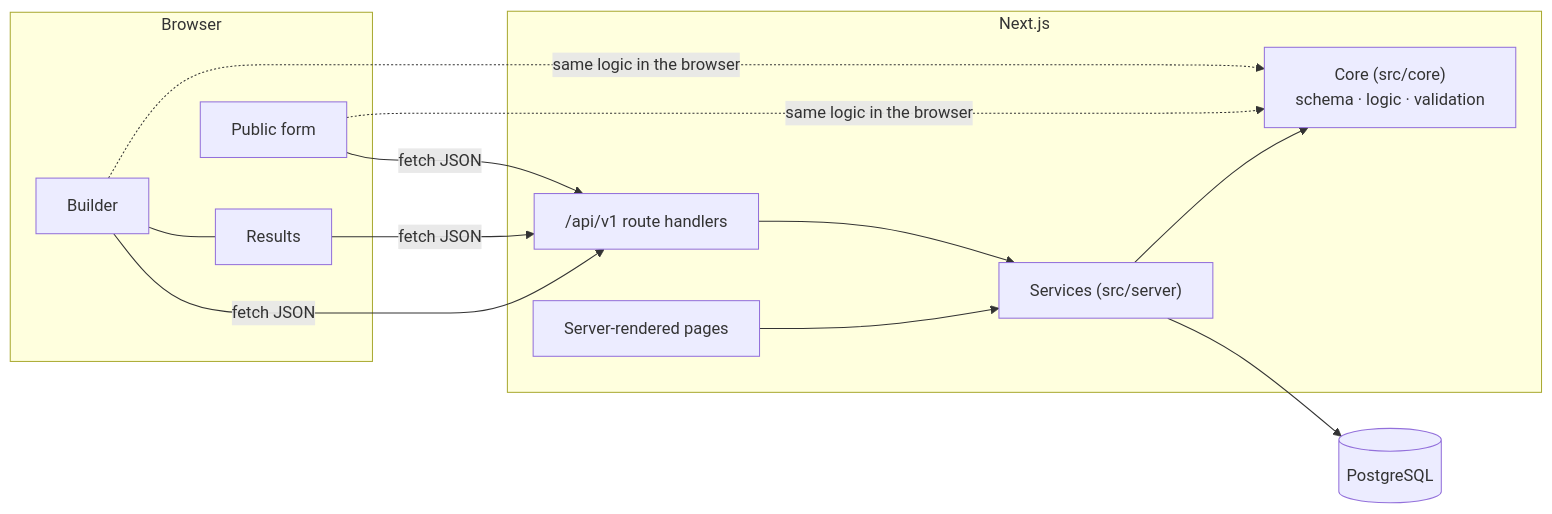
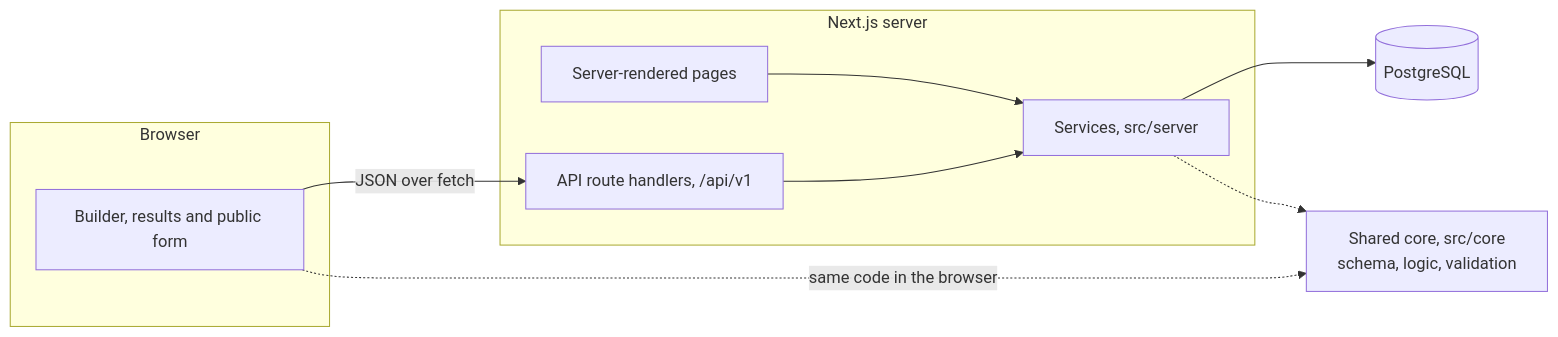
Before and after one commit to nikace7/ai-geeks-fullstack-task: the diagram in README.md, drawn with Mermaid.

Commit message:
docs: simplify the README architecture diagram
One arrow per relationship instead of fanned-out duplicates, and plain
subgraph ids, since "Next.js" as an id rendered blank on GitHub.

````diff
--- a/README.md
+++ b/README.md
@@ -51,20 +51,20 @@
 ```mermaid
 flowchart LR
-  subgraph Browser
-    B[Builder] --- R[Results]
-    F[Public form]
+  subgraph client [Browser]
+    ui["Builder, results and public form"]
   end
-  subgraph Next.js
-    P[Server-rendered pages]
-    A["/api/v1 route handlers"]
-    S["Services (src/server)"]
-    C["Core (src/core)<br/>schema · logic · validation"]
+  subgraph server [Next.js server]
+    pages[Server-rendered pages]
+    api["API route handlers, /api/v1"]
+    services["Services, src/server"]
   end
-  DB[(PostgreSQL)]
+  core["Shared core, src/core<br/>schema, logic, validation"]
+  db[(PostgreSQL)]
 
-  B & R & F -->|fetch JSON| A
-  P --> S
-  A --> S --> DB
-  S --> C
-  F & B -. same logic in the browser .-> C
+  ui -->|JSON over fetch| api
+  pages --> services
+  api --> services
+  services --> db
+  services -.-> core
+  ui -.->|same code in the browser| core
 ```
````
